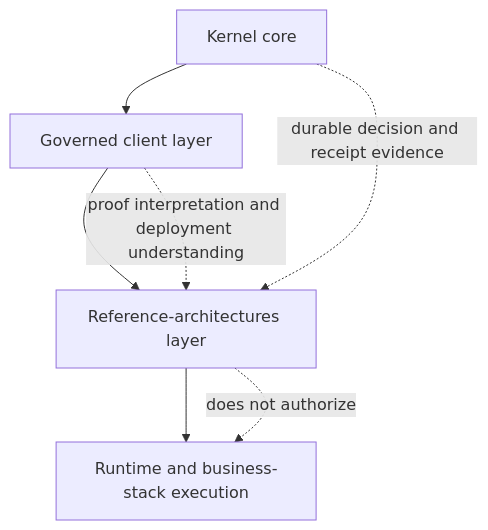
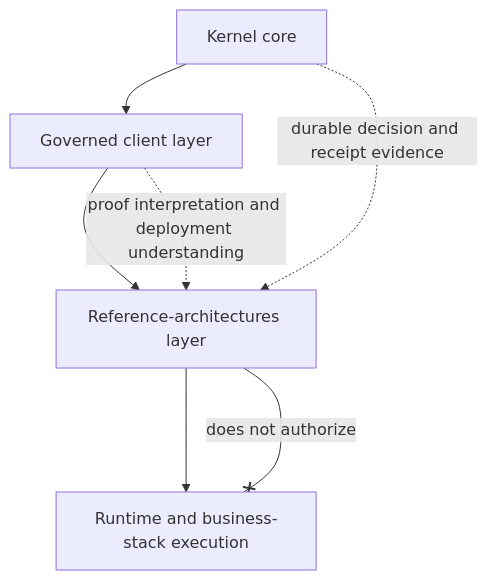
Before and after one commit to OrionArchitekton/cosmocrat-reference-architectures: the diagram in docs/topology-boundary.md, drawn with Mermaid.

````diff
--- a/docs/topology-boundary.md
+++ b/docs/topology-boundary.md
@@ -19,10 +19,10 @@
 ```mermaid
 flowchart TD
     K["Kernel core"] --> C["Governed client layer"]
     C --> R["Reference-architectures layer"]
     R --> X["Runtime and business-stack execution"]
 
     K -. "durable decision and receipt evidence" .-> R
     C -. "proof interpretation and deployment understanding" .-> R
-    R -. "does not authorize" .-> X
+    R -- "does not authorize" ---x X
 ```
````
